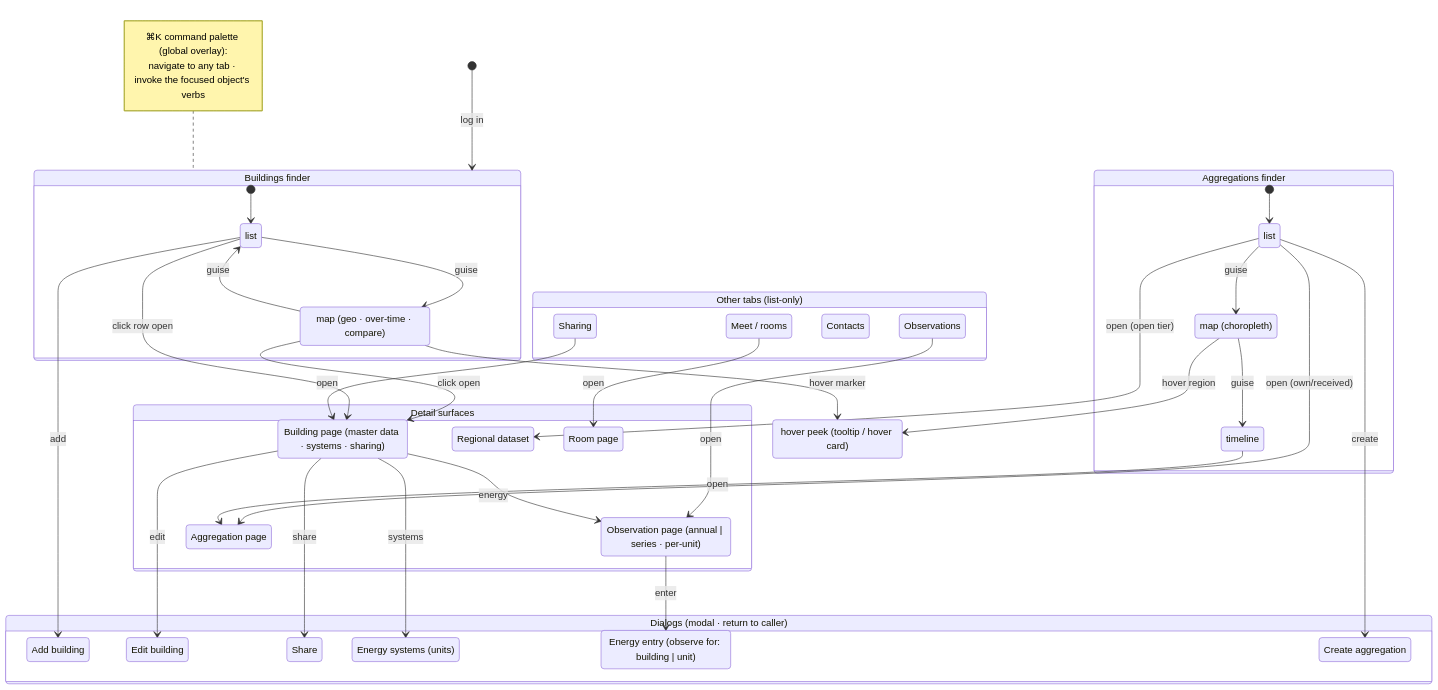
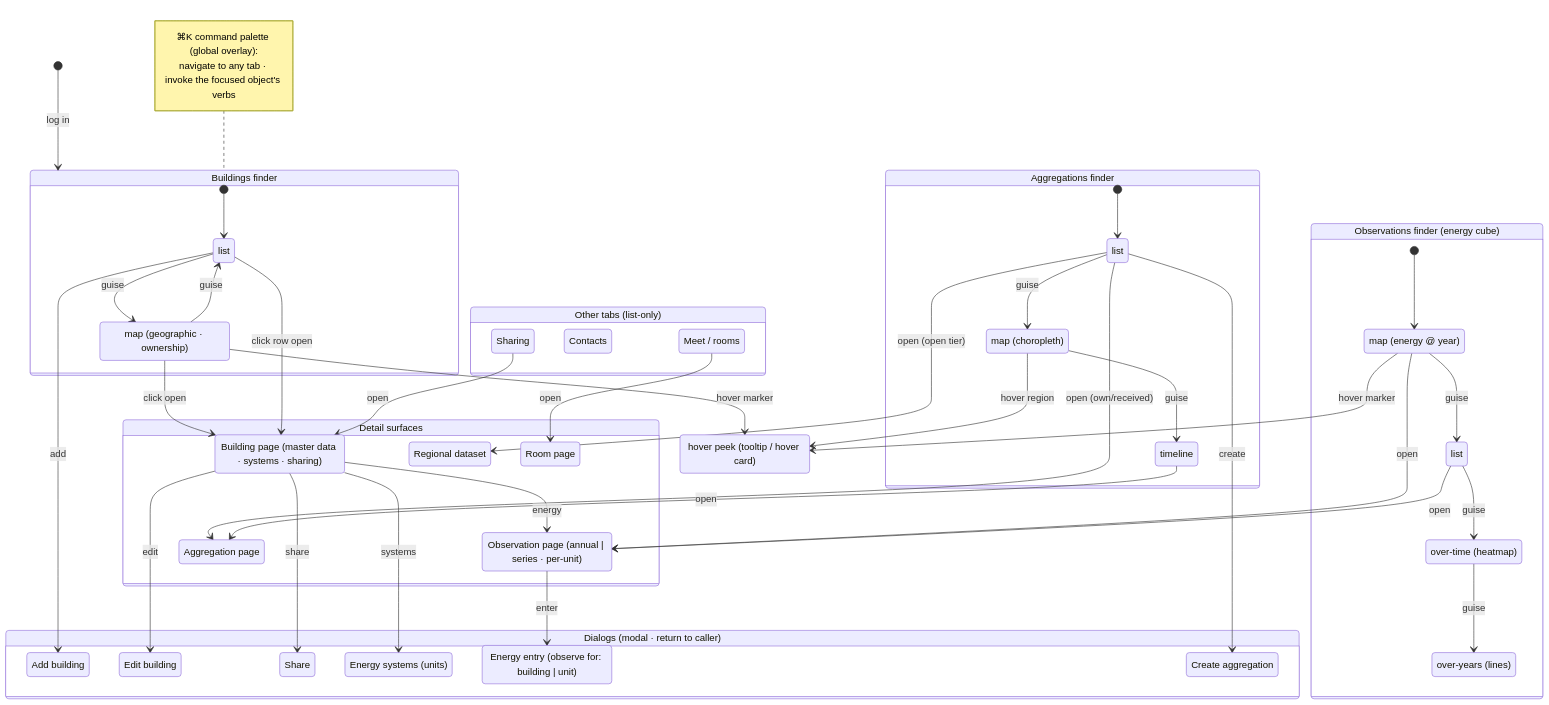
The diagram in notes/ux-overview.mmd (wintechis/granergize-webapp), drawn with Mermaid before and after one commit. The commit also changed 23 other files, not shown here.

````diff
--- a/notes/ux-overview.mmd
+++ b/notes/ux-overview.mmd
@@ -1,72 +1,83 @@
 %% Granergize-App — UX overview (clean forward-flow; mirrors ux-overview.dot).
 %% Mermaid stateDiagram. Render: `mmdc -i ux-overview.mmd -o ux-overview.mmd.svg`,
 %% or paste into a ```mermaid fence (GitHub renders it inline).
 stateDiagram-v2
   [*] --> Buildings: log in
 
   state "Buildings finder" as Buildings {
     [*] --> B_list
     B_list: list
-    B_map: map (geo · over-time · compare)
+    B_map: map (geographic · ownership)
     B_list --> B_map: guise
     B_map --> B_list: guise
+  }
+  state "Observations finder (energy cube)" as Observations {
+    [*] --> O_map
+    O_map: map (energy @ year)
+    O_list: list
+    O_overtime: over-time (heatmap)
+    O_overyears: over-years (lines)
+    O_map --> O_list: guise
+    O_list --> O_overtime: guise
+    O_overtime --> O_overyears: guise
   }
   state "Aggregations finder" as Aggregations {
     [*] --> A_list
     A_list: list
     A_map: map (choropleth)
     A_timeline: timeline
     A_list --> A_map: guise
     A_map --> A_timeline: guise
   }
   state "Other tabs (list-only)" as Others {
-    Observations
     Sharing
     Contacts
     Meet: Meet / rooms
   }
 
   state "Detail surfaces" as Detail {
     BuildingPage: Building page (master data · systems · sharing)
     ObservationPage: Observation page (annual | series · per-unit)
     AggregationPage: Aggregation page
     RegionalPage: Regional dataset
     RoomPage: Room page
   }
 
   Peek: hover peek (tooltip / hover card)
 
   %% details-on-demand: hover = in-place peek, click = open the detail page
   B_map --> Peek: hover marker
   A_map --> Peek: hover region
+  O_map --> Peek: hover marker
   B_map --> BuildingPage: click open
   B_list --> BuildingPage: click row open
   A_list --> AggregationPage: open (own/received)
   A_timeline --> AggregationPage: open
   A_list --> RegionalPage: open (open tier)
-  Observations --> ObservationPage: open
+  O_map --> ObservationPage: open
+  O_list --> ObservationPage: open
   Sharing --> BuildingPage: open
   Meet --> RoomPage: open
   BuildingPage --> ObservationPage: energy
 
   state "Dialogs (modal · return to caller)" as Dialogs {
     AddBuilding: Add building
     EditBuilding: Edit building
     ShareBuilding: Share
     EnergySystems: Energy systems (units)
     EnergyEntry: Energy entry (observe for: building | unit)
     CreateAgg: Create aggregation
   }
 
   B_list --> AddBuilding: add
   BuildingPage --> EditBuilding: edit
   BuildingPage --> ShareBuilding: share
   BuildingPage --> EnergySystems: systems
   ObservationPage --> EnergyEntry: enter
   A_list --> CreateAgg: create
   %% (dialog return-edges omitted here for legibility — see ux-overview-returns.dot)
 
   note left of Buildings
     ⌘K command palette (global overlay):
     navigate to any tab · invoke the focused object's verbs
   end note
````
